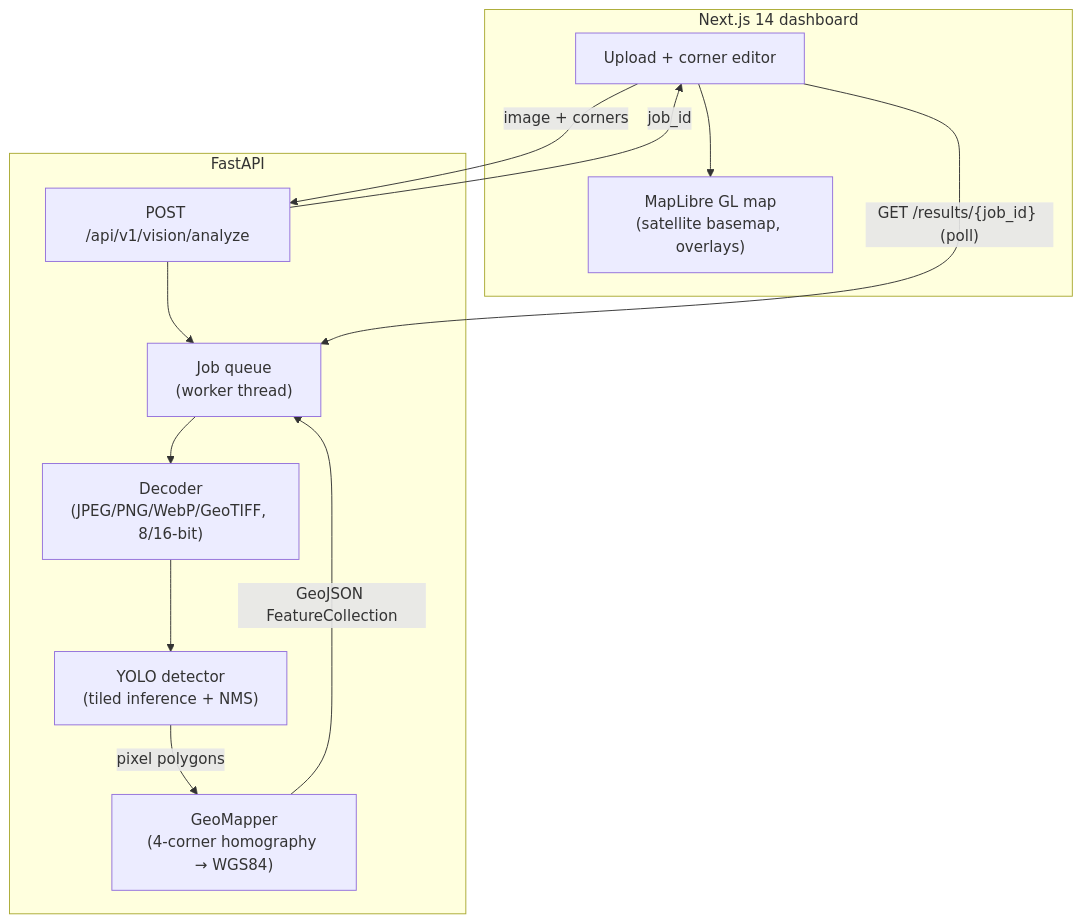
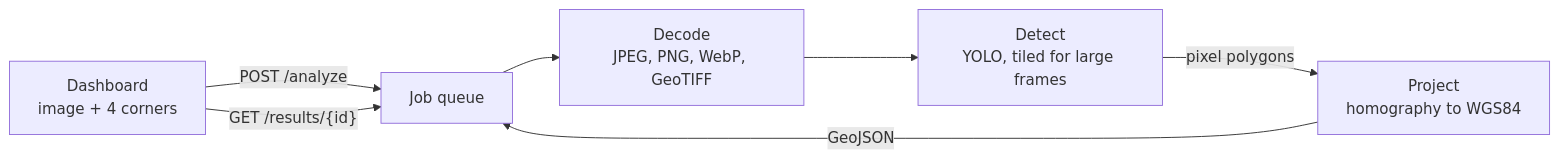
One commit to valentinakiyungi/GeoPulse changed the diagram in README.md. Above: the diagram before and after it, drawn with Mermaid. The commit also changed other lines of this file and 12 other files, not shown here.

````diff
--- a/README.md
+++ b/README.md
@@ -43,22 +70,9 @@
 ```mermaid
-flowchart TD
-    subgraph Client ["Next.js 14 dashboard"]
-        UI["Upload + corner editor"]
-        Map["MapLibre GL map<br/>(satellite basemap, overlays)"]
-    end
-
-    subgraph Backend ["FastAPI"]
-        API["POST /api/v1/vision/analyze"]
-        Q["Job queue<br/>(worker thread)"]
-        DEC["Decoder<br/>(JPEG/PNG/WebP/GeoTIFF, 8/16-bit)"]
-        YOLO["YOLO detector<br/>(tiled inference + NMS)"]
-        GEO["GeoMapper<br/>(4-corner homography → WGS84)"]
-    end
-
-    UI -- "image + corners" --> API
-    API -- "job_id" --> UI
-    API --> Q --> DEC --> YOLO -- "pixel polygons" --> GEO
-    GEO -- "GeoJSON FeatureCollection" --> Q
-    UI -- "GET /results/{job_id} (poll)" --> Q
-    UI --> Map
+flowchart LR
+    A["Dashboard<br/>image + 4 corners"] -- "POST /analyze" --> B["Job queue"]
+    B --> C["Decode<br/>JPEG, PNG, WebP, GeoTIFF"]
+    C --> D["Detect<br/>YOLO, tiled for large frames"]
+    D -- "pixel polygons" --> E["Project<br/>homography to WGS84"]
+    E -- "GeoJSON" --> B
+    A -- "GET /results/{id}" --> B
 ```
````
